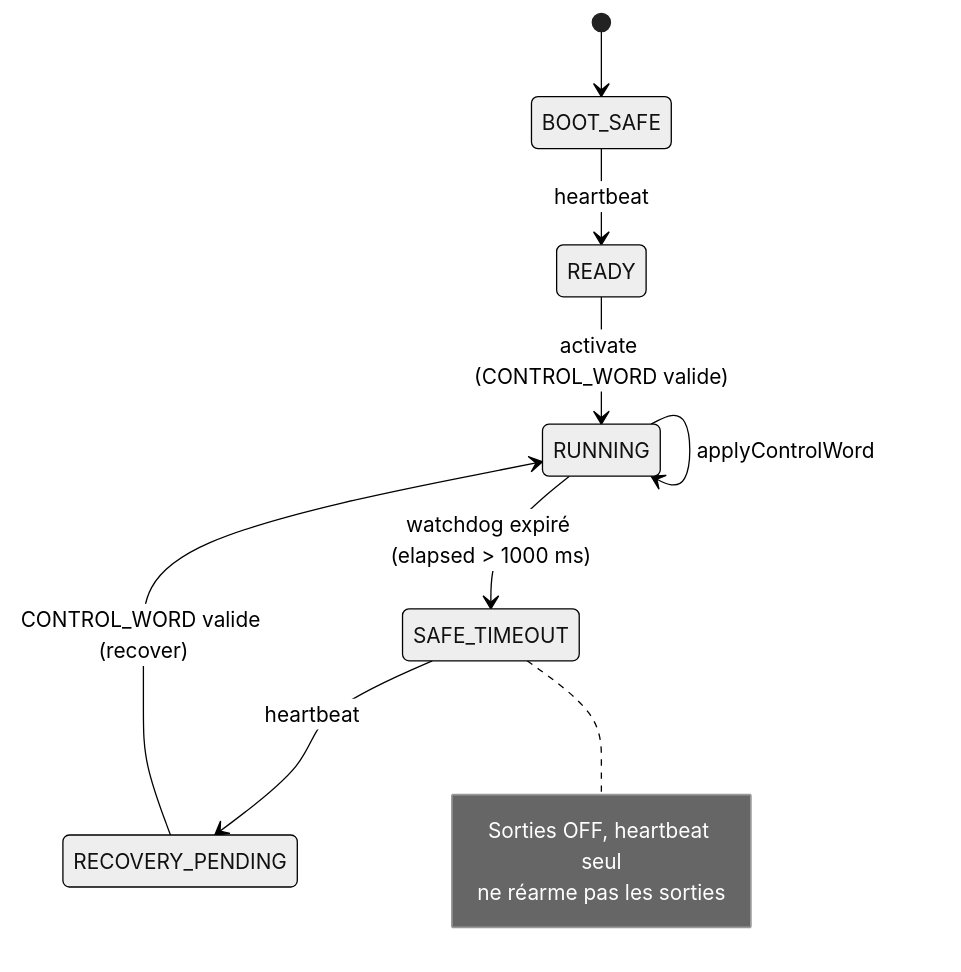
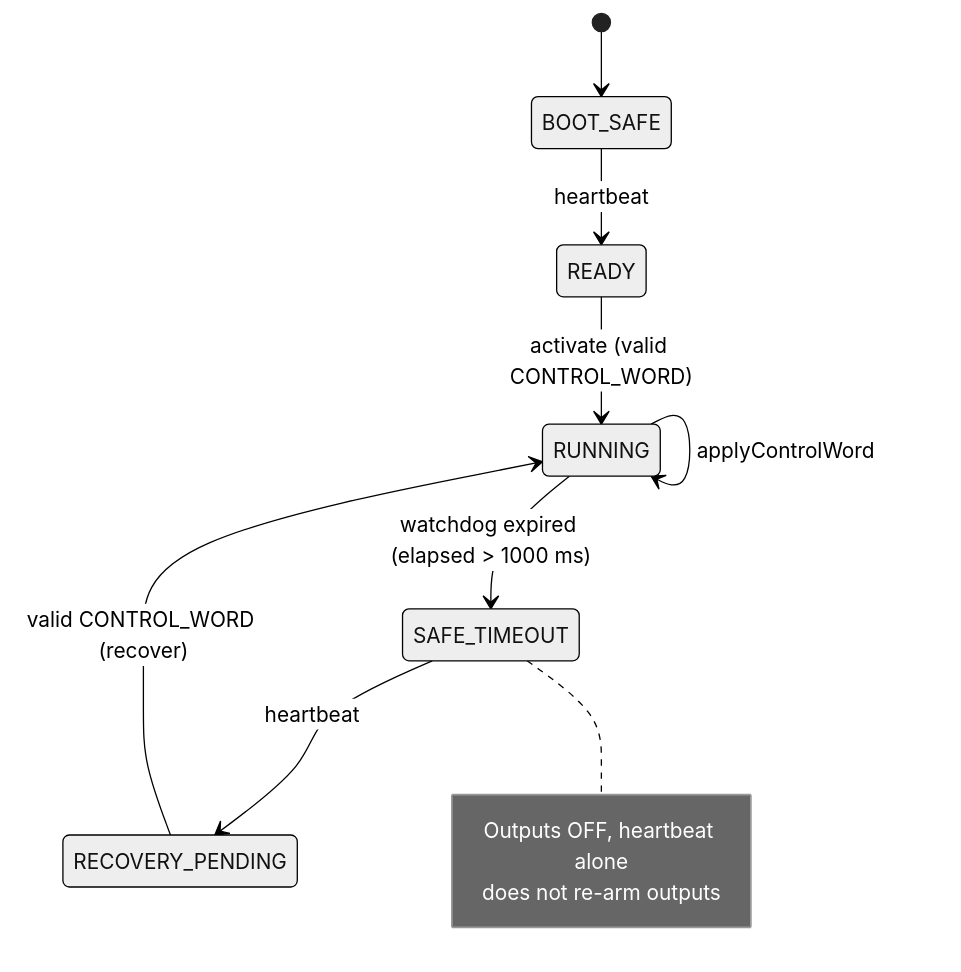
Before and after one commit to mael51/RTU-FaultLab: the second of 2 diagrams in README.md, drawn with Mermaid (neutral theme). The commit also changed other lines of this file, not shown here.

````diff
--- a/README.md
+++ b/README.md
@@ -71,14 +70,14 @@
 ```mermaid
 stateDiagram-v2
     [*] --> BOOT_SAFE
     BOOT_SAFE --> READY : heartbeat
-    READY --> RUNNING : activate (CONTROL_WORD valide)
-    RUNNING --> SAFE_TIMEOUT : watchdog expiré (elapsed > 1000 ms)
+    READY --> RUNNING : activate (valid CONTROL_WORD)
+    RUNNING --> SAFE_TIMEOUT : watchdog expired (elapsed > 1000 ms)
     SAFE_TIMEOUT --> RECOVERY_PENDING : heartbeat
-    RECOVERY_PENDING --> RUNNING : CONTROL_WORD valide (recover)
+    RECOVERY_PENDING --> RUNNING : valid CONTROL_WORD (recover)
     RUNNING --> RUNNING : applyControlWord
     note right of SAFE_TIMEOUT
-      Sorties OFF, heartbeat seul
-      ne réarme pas les sorties
+      Outputs OFF, heartbeat alone
+      does not re-arm outputs
     end note
 ```
````
